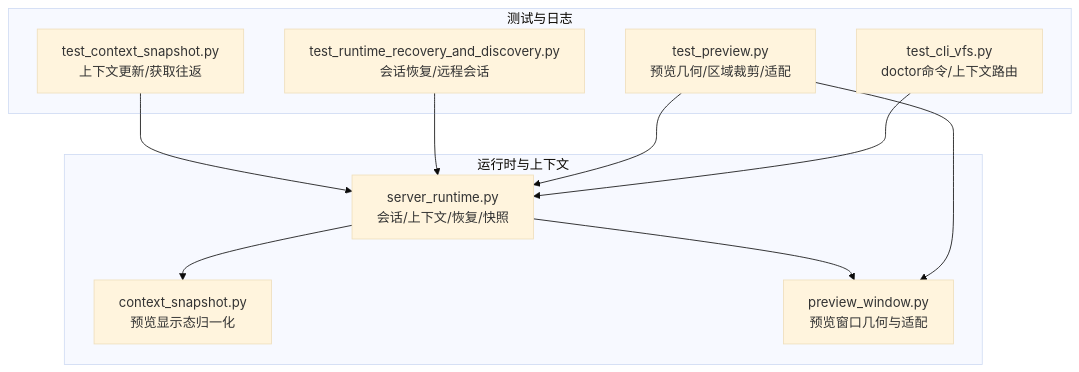
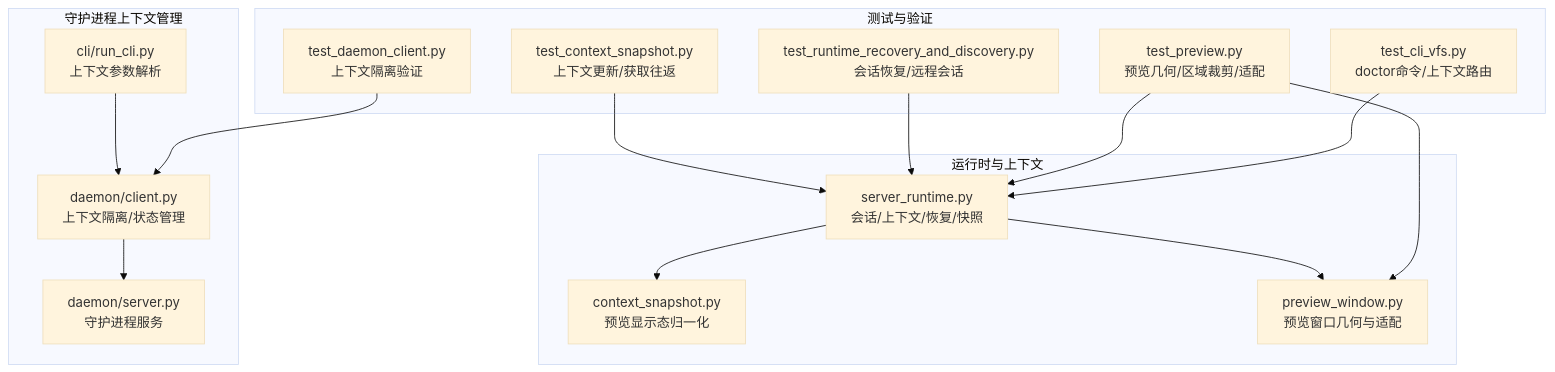
Before and after one commit to haolange/RDC-Tool: the first of 10 diagrams in .qoder/repowiki/zh/content/核心概念/会话模型.md, drawn with Mermaid (base theme). The commit also changed other lines of this file and 8 other files, not shown here.

````diff
--- a/.qoder/repowiki/zh/content/核心概念/会话模型.md
+++ b/.qoder/repowiki/zh/content/核心概念/会话模型.md
@@ -43,21 +49,30 @@
 ```mermaid
 graph TB
+subgraph "守护进程上下文管理"
+DC["daemon/client.py<br/>上下文隔离/状态管理"]
+DS["daemon/server.py<br/>守护进程服务"]
+CLI["cli/run_cli.py<br/>上下文参数解析"]
+end
 subgraph "运行时与上下文"
 SR["server_runtime.py<br/>会话/上下文/恢复/快照"]
 CS["context_snapshot.py<br/>预览显示态归一化"]
 PW["preview_window.py<br/>预览窗口几何与适配"]
 end
-subgraph "测试与日志"
+subgraph "测试与验证"
 TCS["test_context_snapshot.py<br/>上下文更新/获取往返"]
 TRR["test_runtime_recovery_and_discovery.py<br/>会话恢复/远程会话"]
 TP["test_preview.py<br/>预览几何/区域裁剪/适配"]
 TCV["test_cli_vfs.py<br/>doctor命令/上下文路由"]
+TDC["test_daemon_client.py<br/>上下文隔离验证"]
 end
+DC --> DS
+CLI --> DC
 SR --> CS
 SR --> PW
 TCS --> SR
 TRR --> SR
 TP --> SR
 TP --> PW
 TCV --> SR
+TDC --> DC
 ```
````
